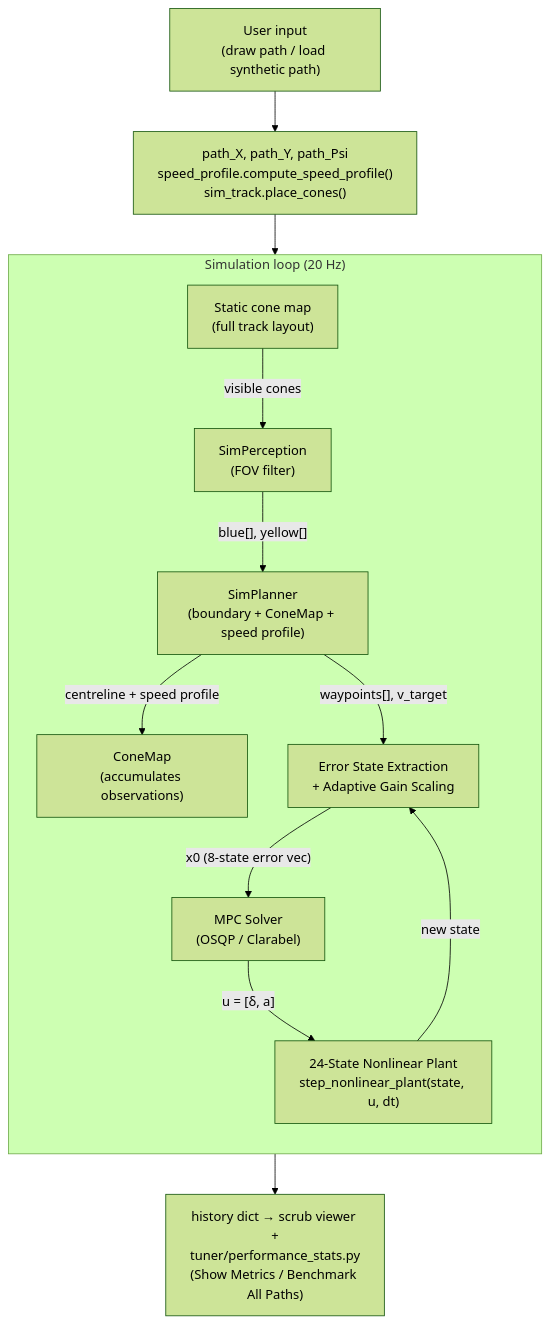
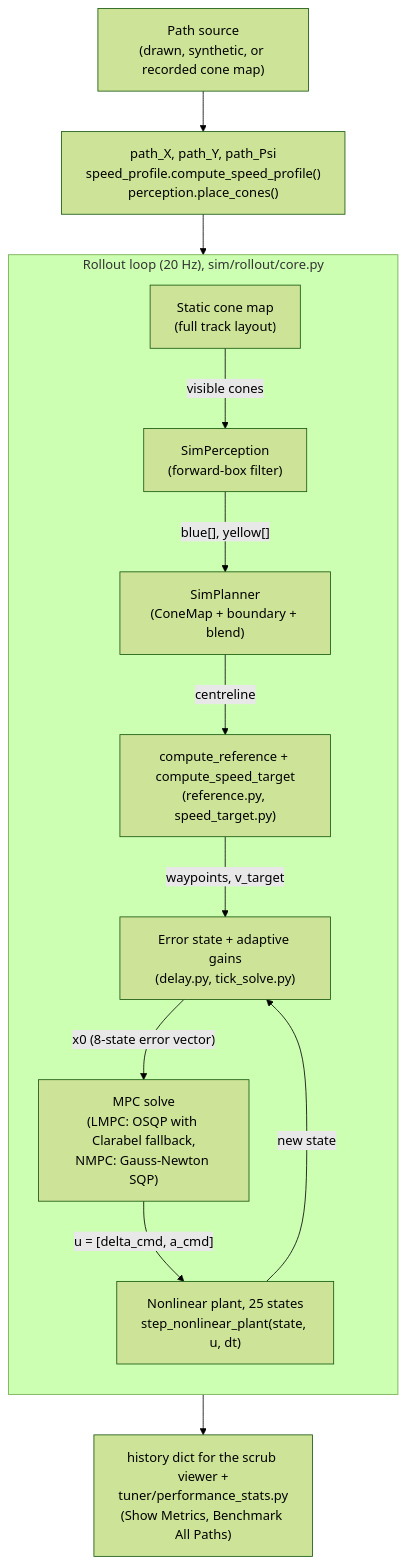
The first of 3 diagrams in docs/reference/architecture.md (Martin-Jin/fsae_MPCTest), drawn with Mermaid (forest theme) before and after one commit. The commit also changed other lines of this file and 30 other files, not shown here.

````diff
--- a/docs/reference/architecture.md
+++ b/docs/reference/architecture.md
@@ -30,28 +36,28 @@
 ```mermaid
 flowchart TD
-    INPUT["User input<br/>(draw path / load synthetic path)"]
-    PREP["path_X, path_Y, path_Psi<br/>speed_profile.compute_speed_profile()<br/>sim_track.place_cones()"]
+    INPUT["Path source<br/>(drawn, synthetic, or recorded cone map)"]
+    PREP["path_X, path_Y, path_Psi<br/>speed_profile.compute_speed_profile()<br/>perception.place_cones()"]
     INPUT --> PREP
     PREP --> LOOP
 
-    subgraph LOOP["Simulation loop (20 Hz)"]
+    subgraph LOOP["Rollout loop (20 Hz), sim/rollout/core.py"]
         direction TD
         CONEMAP["Static cone map<br/>(full track layout)"]
-        PERCEPTION["SimPerception<br/>(FOV filter)"]
-        PLANNER["SimPlanner<br/>(boundary + ConeMap + speed profile)"]
-        CONEACCUM["ConeMap<br/>(accumulates observations)"]
-        ERRSTATE["Error State Extraction<br/>+ Adaptive Gain Scaling"]
-        SOLVER["MPC Solver<br/>(OSQP / Clarabel)"]
-        PLANT["24-State Nonlinear Plant<br/>step_nonlinear_plant(state, u, dt)"]
+        PERCEPTION["SimPerception<br/>(forward-box filter)"]
+        PLANNER["SimPlanner<br/>(ConeMap + boundary + blend)"]
+        REF["compute_reference + compute_speed_target<br/>(reference.py, speed_target.py)"]
+        ERRSTATE["Error state + adaptive gains<br/>(delay.py, tick_solve.py)"]
+        SOLVER["MPC solve<br/>(LMPC: OSQP with Clarabel fallback,<br/>NMPC: Gauss-Newton SQP)"]
+        PLANT["Nonlinear plant, 25 states<br/>step_nonlinear_plant(state, u, dt)"]
 
         CONEMAP -->|"visible cones"| PERCEPTION
         PERCEPTION -->|"blue[], yellow[]"| PLANNER
-        PLANNER -->|"centreline + speed profile"| CONEACCUM
-        PLANNER -->|"waypoints[], v_target"| ERRSTATE
-        ERRSTATE -->|"x0 (8-state error vec)"| SOLVER
-        SOLVER -->|"u = [δ, a]"| PLANT
+        PLANNER -->|"centreline"| REF
+        REF -->|"waypoints, v_target"| ERRSTATE
+        ERRSTATE -->|"x0 (8-state error vector)"| SOLVER
+        SOLVER -->|"u = [delta_cmd, a_cmd]"| PLANT
         PLANT -->|"new state"| ERRSTATE
     end
 
-    LOOP --> HIST["history dict → scrub viewer +<br/>tuner/performance_stats.py<br/>(Show Metrics / Benchmark All Paths)"]
+    LOOP --> HIST["history dict for the scrub viewer +<br/>tuner/performance_stats.py<br/>(Show Metrics, Benchmark All Paths)"]
 ```
````
